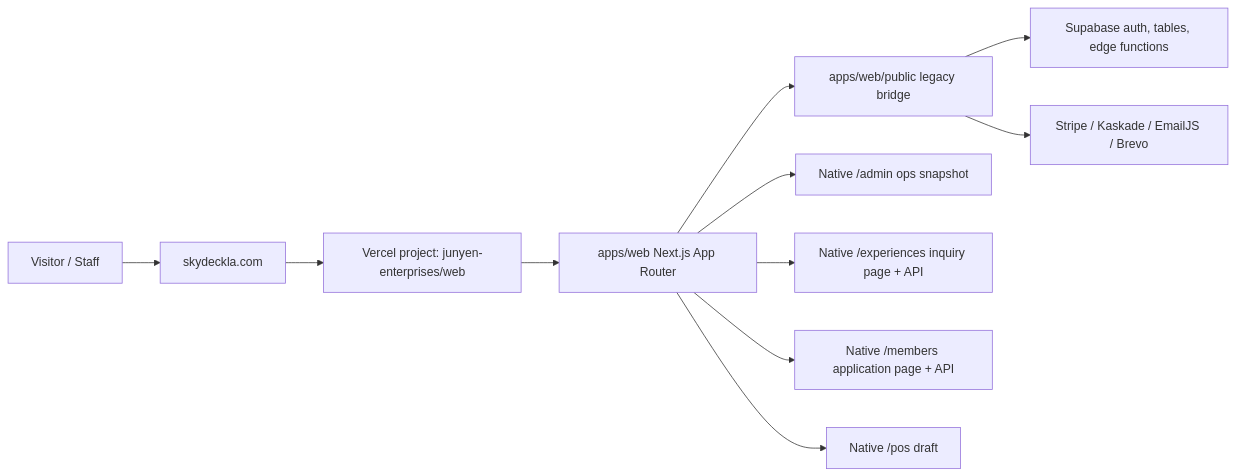
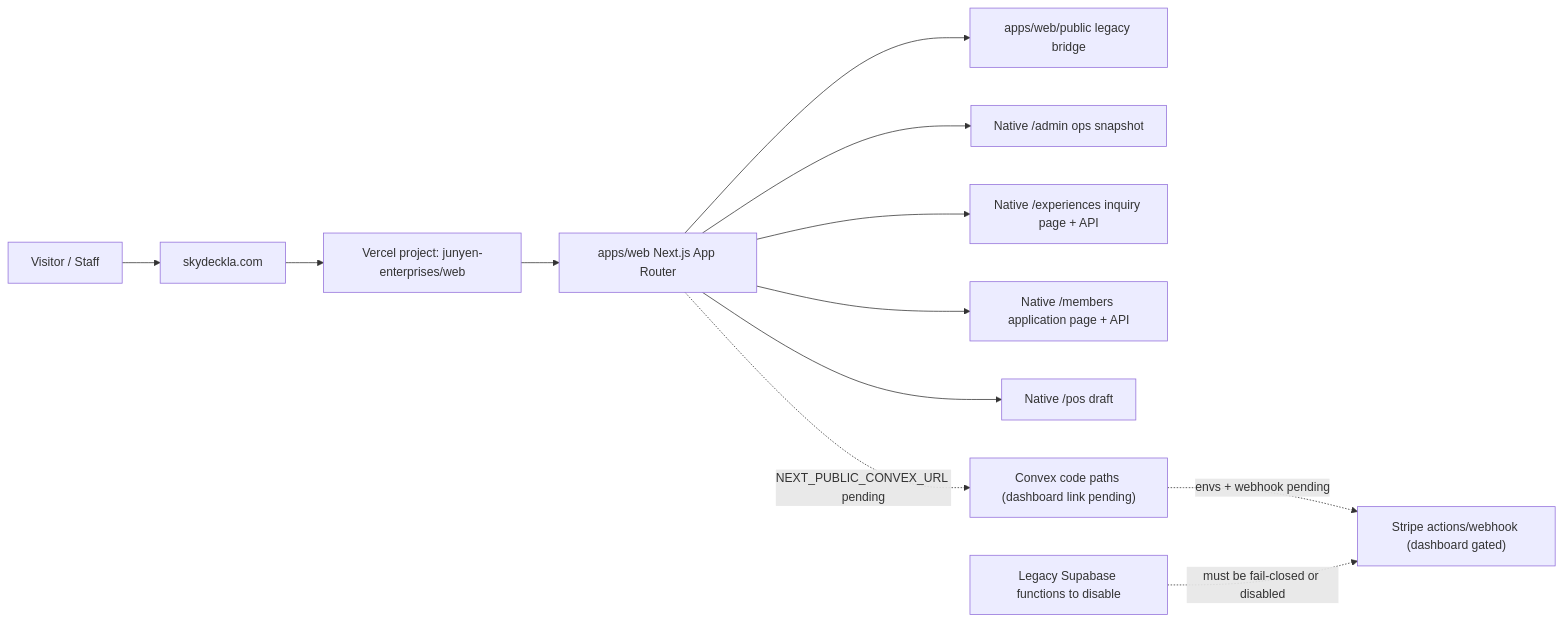
The first of 2 diagrams in docs/phase-2-roadmap.md (junyengit/skyla), drawn with Mermaid before and after one commit. The commit also changed other lines of this file and 12 other files, not shown here.

````diff
--- a/docs/phase-2-roadmap.md
+++ b/docs/phase-2-roadmap.md
@@ -20,25 +20,27 @@
 ```mermaid
 flowchart LR
   visitor["Visitor / Staff"]
   domain["skydeckla.com"]
   vercel["Vercel project: junyen-enterprises/web"]
   next["apps/web Next.js App Router"]
   bridge["apps/web/public legacy bridge"]
   admin["Native /admin ops snapshot"]
   experiences["Native /experiences inquiry page + API"]
   members["Native /members application page + API"]
   posDraft["Native /pos draft"]
-  supabase["Supabase auth, tables, edge functions"]
-  payments["Stripe / Kaskade / EmailJS / Brevo"]
+  convex["Convex code paths (dashboard link pending)"]
+  stripe["Stripe actions/webhook (dashboard gated)"]
+  supabase["Legacy Supabase functions to disable"]
 
   visitor --> domain
   domain --> vercel
   vercel --> next
   next --> bridge
   next --> admin
   next --> experiences
   next --> members
   next --> posDraft
-  bridge --> supabase
-  bridge --> payments
+  next -. "NEXT_PUBLIC_CONVEX_URL pending" .-> convex
+  convex -. "envs + webhook pending" .-> stripe
+  supabase -. "must be fail-closed or disabled" .-> stripe
 ```
````
